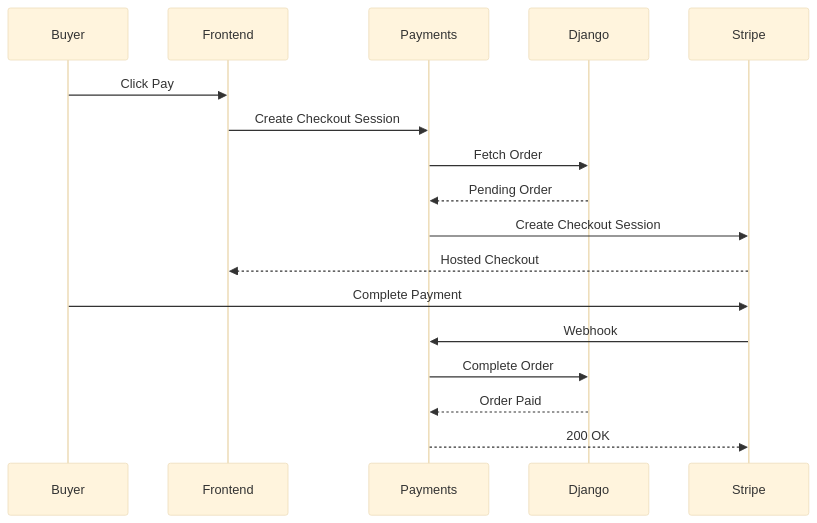
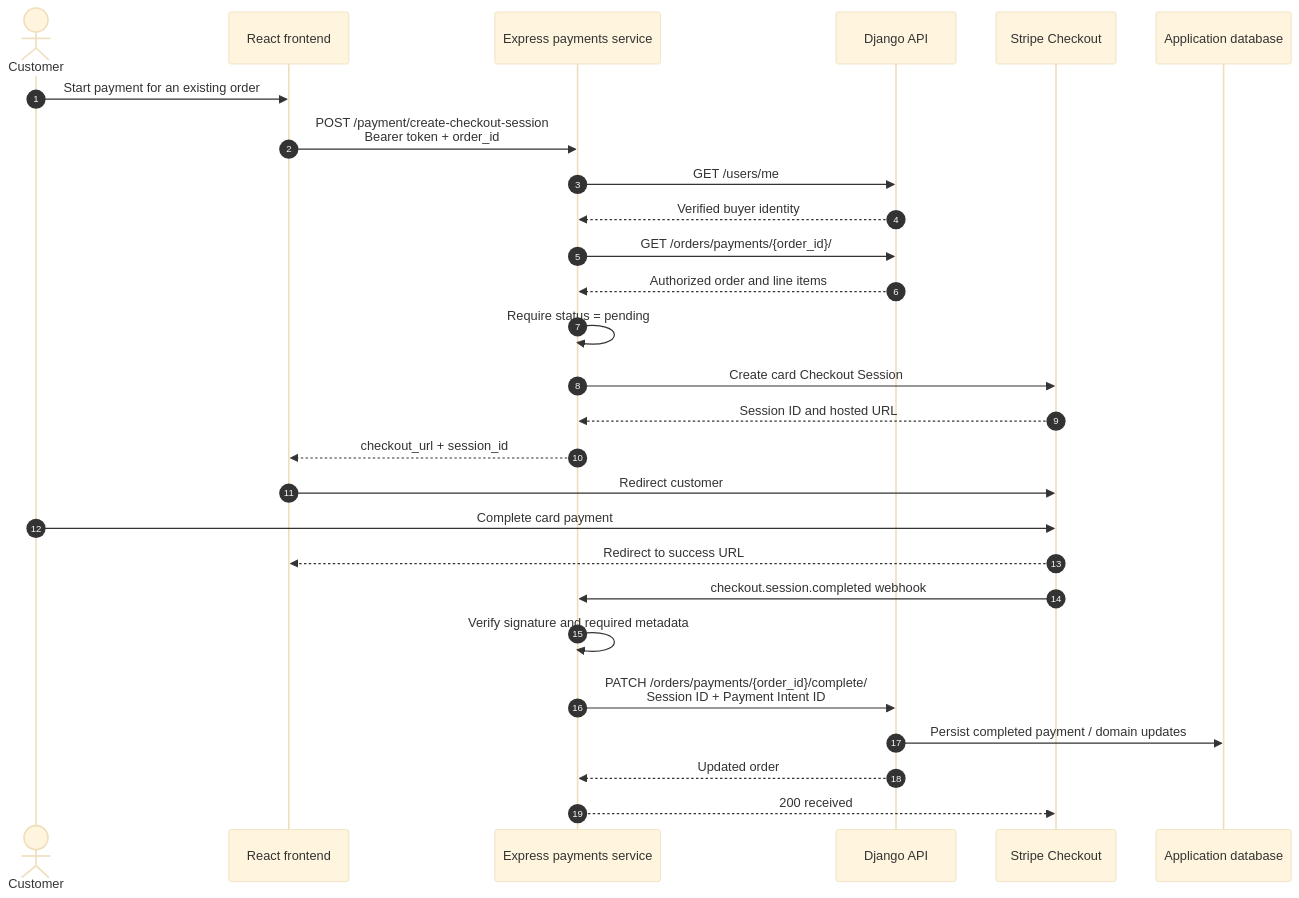
The third of 3 diagrams in payments/README-PAYMENTS.md (AhmedOzdogan/ticketflow), drawn with Mermaid (base theme) before and after one commit. The commit also changed other lines of this file, not shown here.

````diff
--- a/payments/README-PAYMENTS.md
+++ b/payments/README-PAYMENTS.md
@@ -706,31 +213,30 @@
 ```mermaid
 sequenceDiagram
+    autonumber
+    actor Customer
+    participant Web as React frontend
+    participant Pay as Express payments service
+    participant API as Django API
+    participant Stripe as Stripe Checkout
+    participant DB as Application database
 
-participant Buyer
-participant Frontend
-participant Payments
-participant Django
-participant Stripe
-
-Buyer->>Frontend: Click Pay
-
-Frontend->>Payments: Create Checkout Session
-
-Payments->>Django: Fetch Order
-
-Django-->>Payments: Pending Order
-
-Payments->>Stripe: Create Checkout Session
-
-Stripe-->>Frontend: Hosted Checkout
-
-Buyer->>Stripe: Complete Payment
-
-Stripe->>Payments: Webhook
-
-Payments->>Django: Complete Order
-
-Django-->>Payments: Order Paid
-
-Payments-->>Stripe: 200 OK
+    Customer->>Web: Start payment for an existing order
+    Web->>Pay: POST /payment/create-checkout-session<br/>Bearer token + order_id
+    Pay->>API: GET /users/me
+    API-->>Pay: Verified buyer identity
+    Pay->>API: GET /orders/payments/{order_id}/
+    API-->>Pay: Authorized order and line items
+    Pay->>Pay: Require status = pending
+    Pay->>Stripe: Create card Checkout Session
+    Stripe-->>Pay: Session ID and hosted URL
+    Pay-->>Web: checkout_url + session_id
+    Web->>Stripe: Redirect customer
+    Customer->>Stripe: Complete card payment
+    Stripe-->>Web: Redirect to success URL
+    Stripe->>Pay: checkout.session.completed webhook
+    Pay->>Pay: Verify signature and required metadata
+    Pay->>API: PATCH /orders/payments/{order_id}/complete/<br/>Session ID + Payment Intent ID
+    API->>DB: Persist completed payment / domain updates
+    API-->>Pay: Updated order
+    Pay-->>Stripe: 200 received
 ```
````
